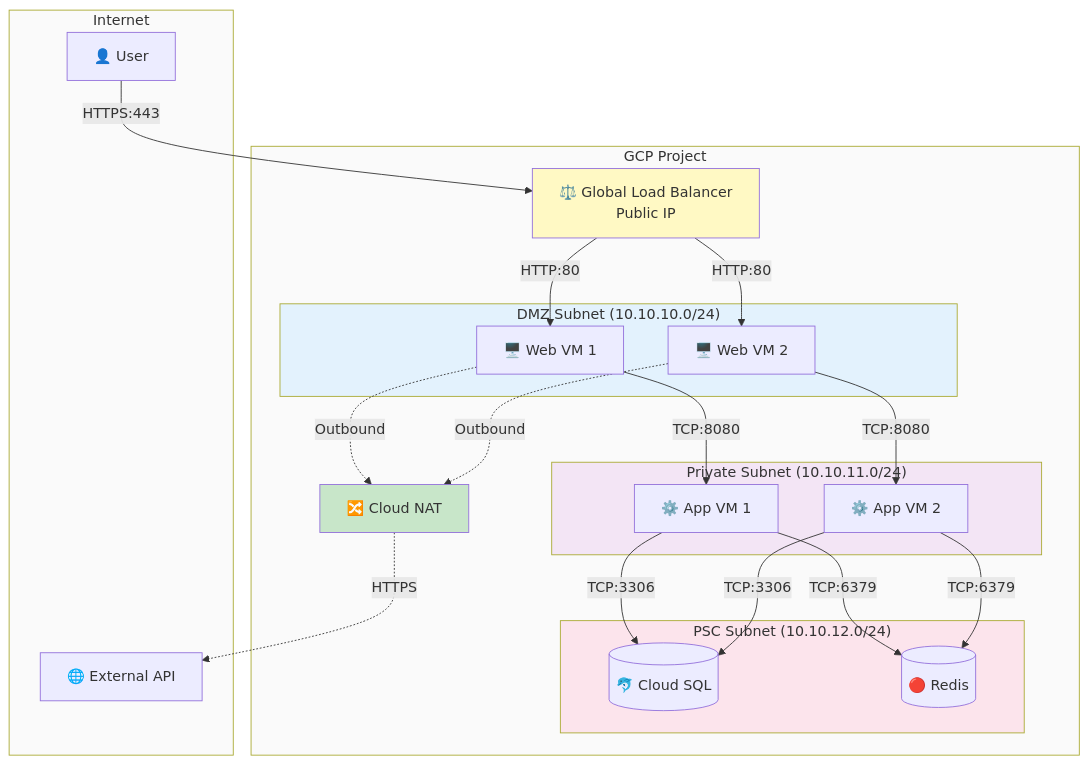
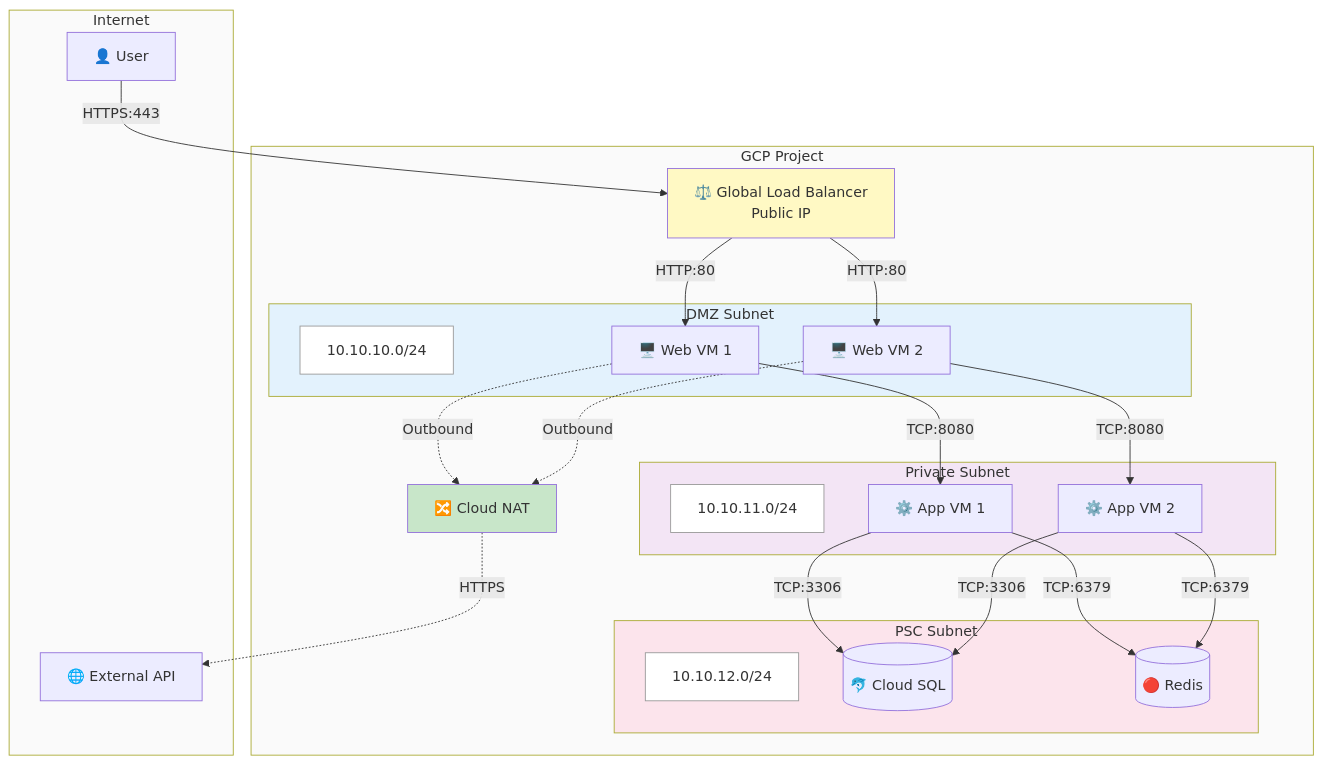
The second of 9 diagrams in terraform_gcp_infra/docs/architecture/network-design.md (JSJ2337/GCP_terraform_code), drawn with Mermaid before and after one commit. The commit also changed other lines of this file, not shown here.

Commit message:
docs: network-design.md CIDR 노드 분리 (가림 방지)
서브넷 라벨의 CIDR이 내부 컴포넌트에 가려지는 문제 해결:
- 아키텍처 개요 다이어그램: DMZ_C, PRIV_C, PSC_C 노드 추가
- 트래픽 흐름 다이어그램: DMZ_CIDR, PRIV_CIDR, PSC_CIDR 노드 추가
- 흰색 배경 + 회색 테두리 스타일 적용

````diff
--- a/terraform_gcp_infra/docs/architecture/network-design.md
+++ b/terraform_gcp_infra/docs/architecture/network-design.md
@@ -193,52 +199,58 @@
 ```mermaid
 %%{init: {'theme': 'default'}}%%
 flowchart TB
     subgraph Internet["Internet"]
         USER[👤 User]
         API[🌐 External API]
     end
 
     subgraph GCP["GCP Project"]
         LB[⚖️ Global Load Balancer<br/>Public IP]
         NAT[🔀 Cloud NAT]
 
-        subgraph DMZ["DMZ Subnet (10.10.10.0/24)"]
+        subgraph DMZ["DMZ Subnet"]
+            DMZ_CIDR[10.10.10.0/24]
             WEB1[🖥️ Web VM 1]
             WEB2[🖥️ Web VM 2]
         end
 
-        subgraph Private["Private Subnet (10.10.11.0/24)"]
+        subgraph Private["Private Subnet"]
+            PRIV_CIDR[10.10.11.0/24]
             APP1[⚙️ App VM 1]
             APP2[⚙️ App VM 2]
         end
 
-        subgraph PSC["PSC Subnet (10.10.12.0/24)"]
+        subgraph PSC["PSC Subnet"]
+            PSC_CIDR[10.10.12.0/24]
             SQL[(🐬 Cloud SQL)]
             REDIS[(🔴 Redis)]
         end
     end
 
     %% Ingress Flow
     USER -->|HTTPS:443| LB
     LB -->|HTTP:80| WEB1
     LB -->|HTTP:80| WEB2
     WEB1 -->|TCP:8080| APP1
     WEB2 -->|TCP:8080| APP2
     APP1 -->|TCP:6379| REDIS
     APP2 -->|TCP:6379| REDIS
     APP1 -->|TCP:3306| SQL
     APP2 -->|TCP:3306| SQL
 
     %% Egress Flow
     WEB1 -.->|Outbound| NAT
     WEB2 -.->|Outbound| NAT
     NAT -.->|HTTPS| API
 
     style Internet fill:#fafafa
     style GCP fill:#fafafa
     style DMZ fill:#e3f2fd
     style Private fill:#f3e5f5
     style PSC fill:#fce4ec
     style LB fill:#fff9c4
     style NAT fill:#c8e6c9
+    style DMZ_CIDR fill:#fff,stroke:#999
+    style PRIV_CIDR fill:#fff,stroke:#999
+    style PSC_CIDR fill:#fff,stroke:#999
 ```
````
